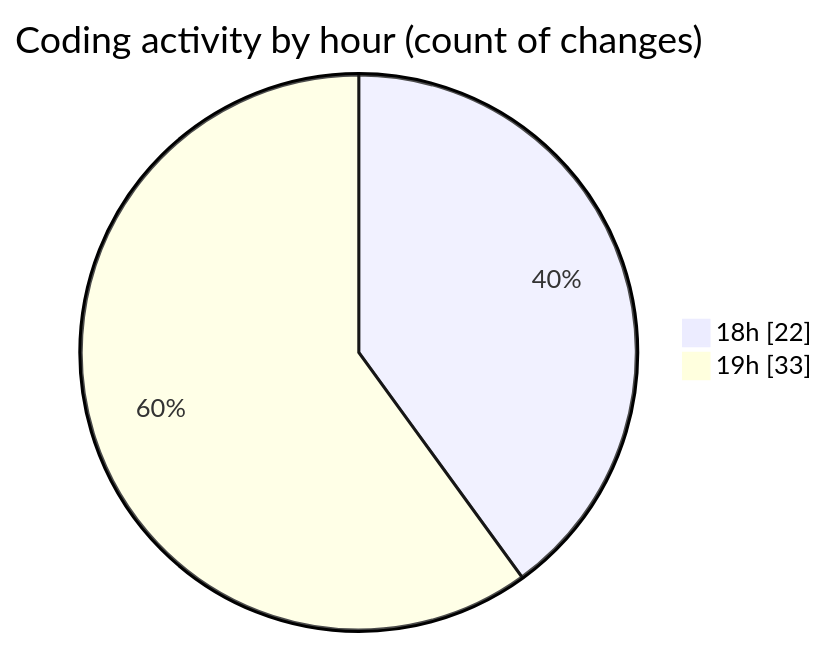
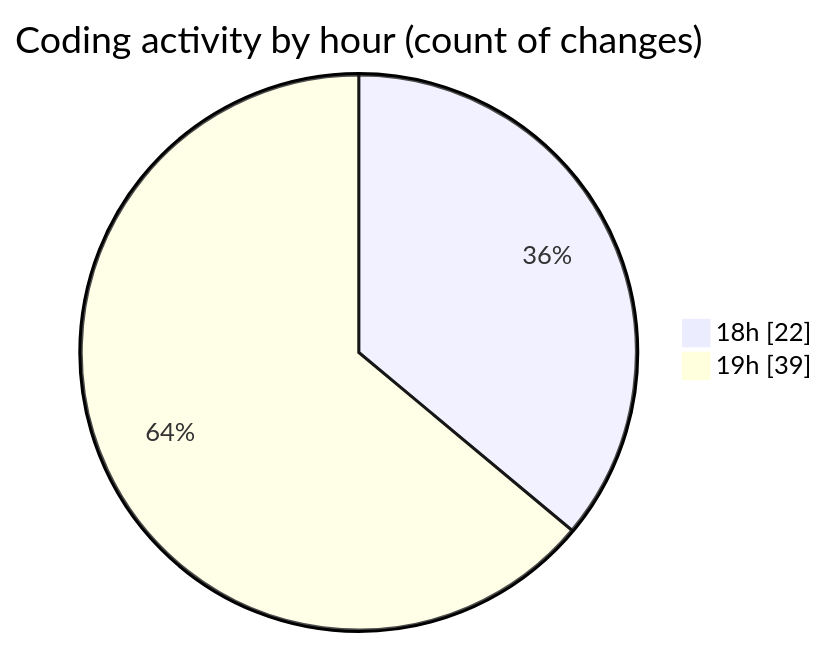
The second of 2 diagrams in 2025-06-13/studio-backend/README.md (idhammustaqopulfikri/code-tracking), drawn with Mermaid before and after one commit. The commit also changed other lines of this file and 1 other file, not shown here.

````diff
--- a/2025-06-13/studio-backend/README.md
+++ b/2025-06-13/studio-backend/README.md
@@ -39,6 +39,6 @@
 ```mermaid
 pie showData
 title Coding activity by hour (count of changes)
 "18h" : 22
-"19h" : 33
+"19h" : 39
 ```
````
